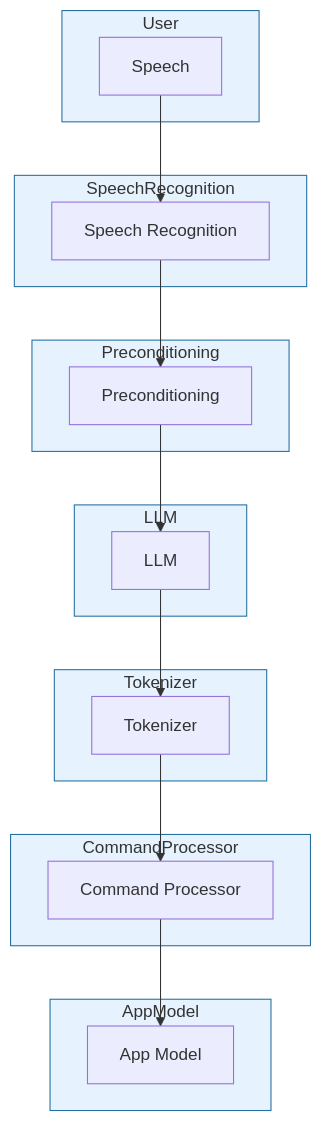
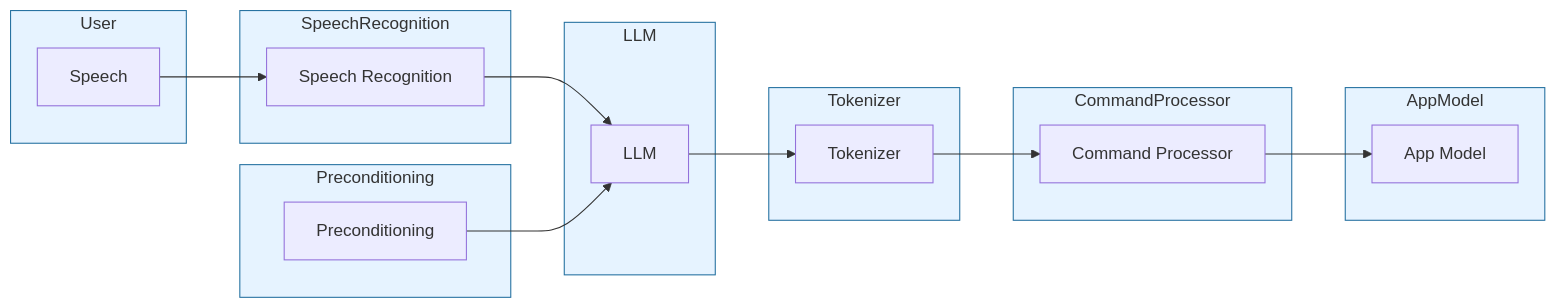
Before and after one commit to AdinAck/AccessAbility: the diagram in README.md, drawn with Mermaid.

````diff
--- a/README.md
+++ b/README.md
@@ -14,46 +14,46 @@
 ```mermaid
-graph TD
+graph LR
 
 subgraph User
   A[Speech]
 end
 
 subgraph SpeechRecognition
   B[Speech Recognition]
 end
 
 subgraph Preconditioning
   C[Preconditioning]
 end
 
 subgraph LLM
   D[LLM]
 end
 
 subgraph Tokenizer
   E[Tokenizer]
 end
 
 subgraph CommandProcessor
   F[Command Processor]
 end
 
 subgraph AppModel
   G[App Model]
 end
 
 A --> B
-B --> C
+B --> D
 C --> D
 D --> E
 E --> F
 F --> G
 
 style User fill:#E6F3FF, stroke:#2470A0
 style SpeechRecognition fill:#E6F3FF, stroke:#2470A0
 style Preconditioning fill:#E6F3FF, stroke:#2470A0
 style LLM fill:#E6F3FF, stroke:#2470A0
 style Tokenizer fill:#E6F3FF, stroke:#2470A0
 style CommandProcessor fill:#E6F3FF, stroke:#2470A0
 style AppModel fill:#E6F3FF, stroke:#2470A0
 ```
````
